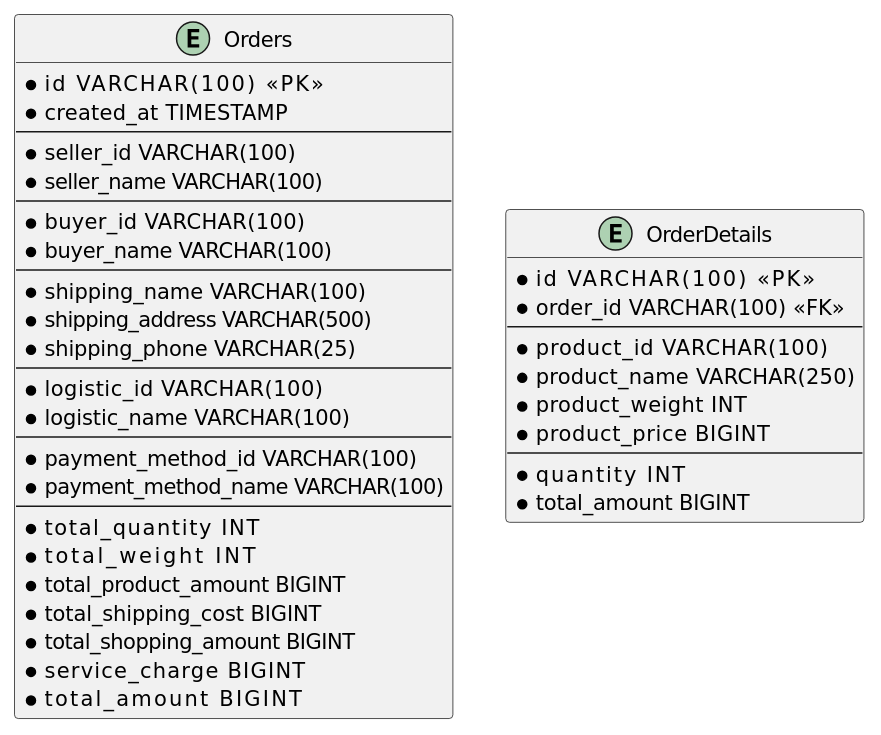
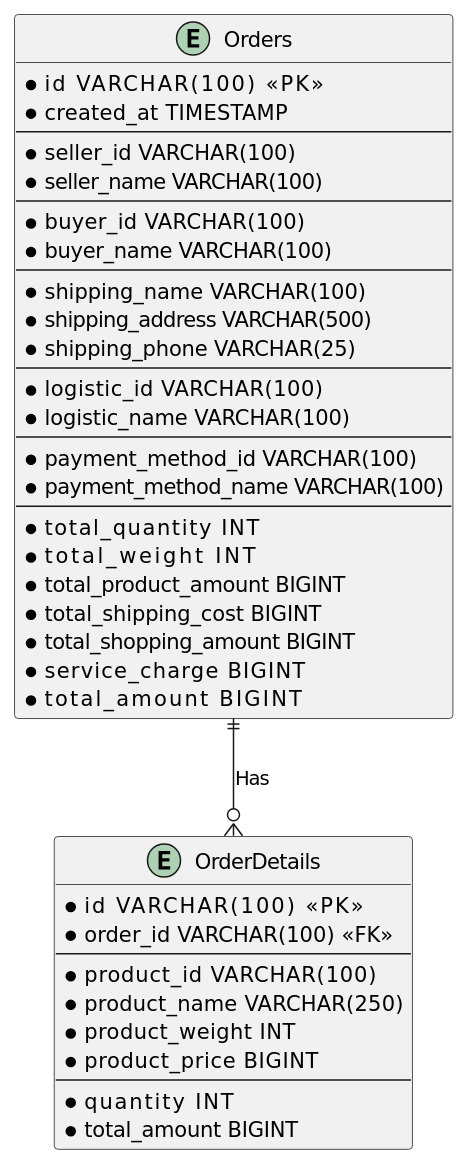
One commit to itujun/learn-database-design-tokopedia-order-history changed the diagram in tokopedia-order-history.puml. Above: the diagram before and after it, drawn with PlantUML.

Commit message:
Relationship

```diff
--- a/tokopedia-order-history.puml
+++ b/tokopedia-order-history.puml
@@ -1,45 +1,47 @@
 @startuml tokopedia-order-history
 
 entity Orders{
     * id            VARCHAR(100) <<PK>>
     * created_at    TIMESTAMP
     --
     * seller_id     VARCHAR(100)
     * seller_name   VARCHAR(100)
     --
     * buyer_id      VARCHAR(100)
     * buyer_name    VARCHAR(100)
     --
     * shipping_name     VARCHAR(100)
     * shipping_address  VARCHAR(500)
     * shipping_phone    VARCHAR(25)
     --
     * logistic_id       VARCHAR(100)
     * logistic_name     VARCHAR(100)
     --
     * payment_method_id     VARCHAR(100)
     * payment_method_name   VARCHAR(100)
     --
     * total_quantity        INT
     * total_weight          INT
     * total_product_amount  BIGINT
     * total_shipping_cost   BIGINT
     * total_shopping_amount BIGINT
     * service_charge        BIGINT
     * total_amount          BIGINT
 }
 
 entity OrderDetails {
     * id            VARCHAR(100) <<PK>>
     * order_id      VARCHAR(100) <<FK>>
     --
     * product_id        VARCHAR(100)
     * product_name      VARCHAR(250)
     * product_weight    INT
     * product_price     BIGINT
     --
     * quantity      INT
     * total_amount  BIGINT
 }
 
+Orders ||--o{ OrderDetails : Has
+
 @enduml
```
